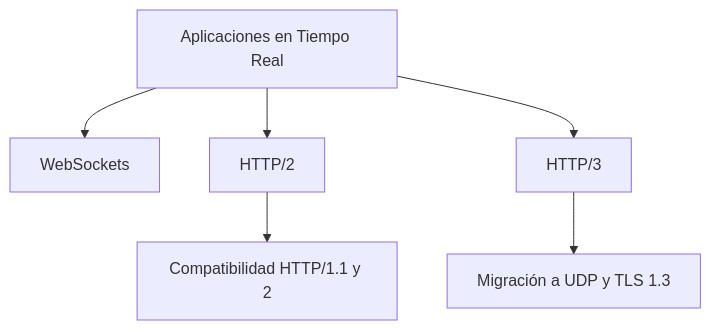
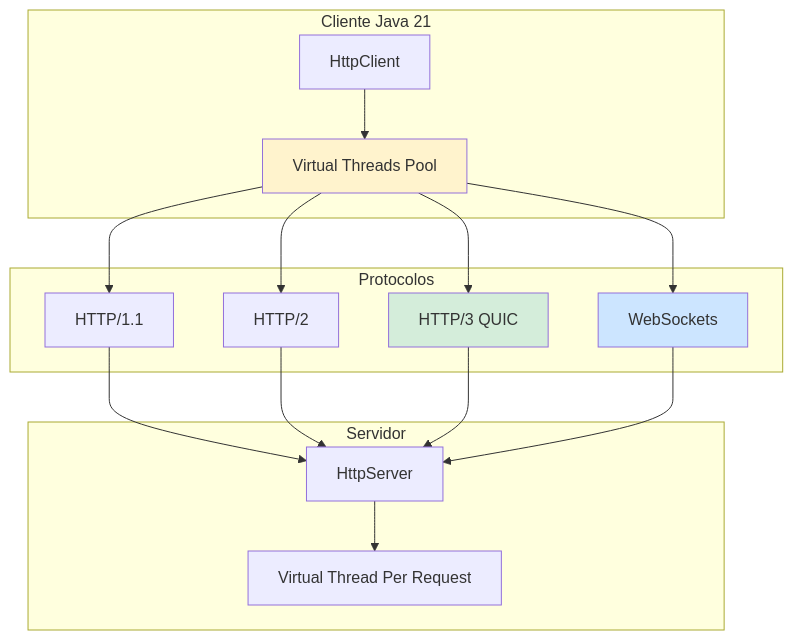
One commit to Joaquinriosheredia/DAM-Java-Mastery changed the first of 3 diagrams in _Review/protocolos_de_red_http2_http3_y_websockets/protocolos_de_red_http2_http3_y_websockets.md. Above: the diagram before and after it, drawn with Mermaid. The commit also changed other lines of this file, not shown here.

Commit message:
Protocolos de Red HTTP/2, HTTP/3 y WebSockets en Java 21

````diff
--- a/_Review/protocolos_de_red_http2_http3_y_websockets/protocolos_de_red_http2_http3_y_websockets.md
+++ b/_Review/protocolos_de_red_http2_http3_y_websockets/protocolos_de_red_http2_http3_y_websockets.md
@@ -36,8 +68,34 @@
 ```mermaid
 graph TD
-    A[Aplicaciones en Tiempo Real] --> B[WebSockets]
-    A --> C[HTTP/2]
-    A --> D[HTTP/3]
-    C --> E[Compatibilidad HTTP/1.1 y 2]
-    D --> F[Migración a UDP y TLS 1.3]
+    subgraph "Cliente Java 21"
+        CLIENT[HttpClient]
+        VT[Virtual Threads Pool]
+    end
+    
+    subgraph "Protocolos"
+        H1[HTTP/1.1]
+        H2[HTTP/2]
+        H3[HTTP/3 QUIC]
+        WS[WebSockets]
+    end
+    
+    subgraph "Servidor"
+        SERVER[HttpServer]
+        VTS[Virtual Thread Per Request]
+    end
+    
+    CLIENT --> VT
+    VT --> H1
+    VT --> H2
+    VT --> H3
+    VT --> WS
+    H1 --> SERVER
+    H2 --> SERVER
+    H3 --> SERVER
+    WS --> SERVER
+    SERVER --> VTS
+    
+    style H3 fill:#d4edda
+    style WS fill:#cce5ff
+    style VT fill:#fff3cd
 ```
````
